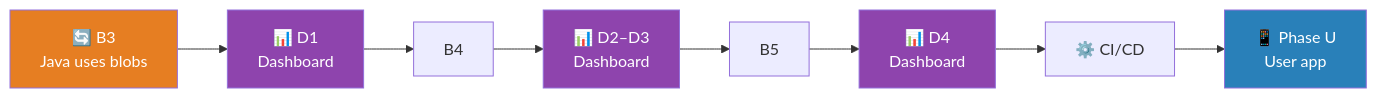
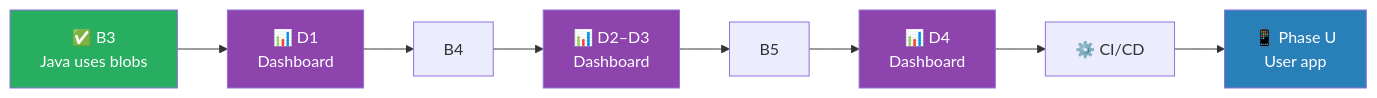
The second of 2 diagrams in docs/README.md (shobhit157/Aperture), drawn with Mermaid before and after one commit. The commit also changed other lines of this file, not shown here.

````diff
--- a/docs/README.md
+++ b/docs/README.md
@@ -146,16 +159,16 @@
 ```mermaid
 flowchart LR
-    B3["🔄 B3<br/>Java uses blobs"] --> D1["📊 D1<br/>Dashboard"]
+    B3["✅ B3<br/>Java uses blobs"] --> D1["📊 D1<br/>Dashboard"]
     D1 --> B4["B4"]
     B4 --> D23["📊 D2–D3<br/>Dashboard"]
     D23 --> B5["B5"]
     B5 --> D4["📊 D4<br/>Dashboard"]
     D4 --> CI["⚙️ CI/CD"]
     CI --> U["📱 Phase U<br/>User app"]
 
-    style B3 fill:#e67e22,color:#fff
+    style B3 fill:#27ae60,color:#fff
     style D1 fill:#8e44ad,color:#fff
     style D23 fill:#8e44ad,color:#fff
     style D4 fill:#8e44ad,color:#fff
     style U fill:#2980b9,color:#fff
 ```
````
